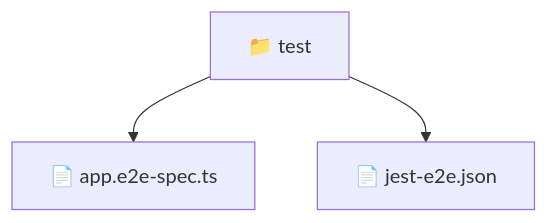
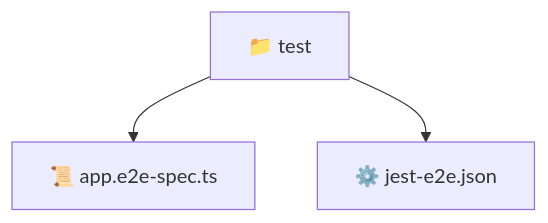
The diagram in backend/test/README.md (beginwebdev2002/fullstack-mavluda), drawn with Mermaid before and after one commit. The commit also changed other lines of this file and 163 other files, not shown here.

````diff
--- a/backend/test/README.md
+++ b/backend/test/README.md
@@ -9,6 +9,6 @@
 ```mermaid
 graph TD
-  Root["📁 test"]
-  Root --> app_e2e_spec_ts["📄 app.e2e-spec.ts"]
-  Root --> jest_e2e_json["📄 jest-e2e.json"]
+  test["📁 test"]
+  test --> app_e2e_spec_ts["📜 app.e2e-spec.ts"]
+  test --> jest_e2e_json["⚙️ jest-e2e.json"]
 ```
````
